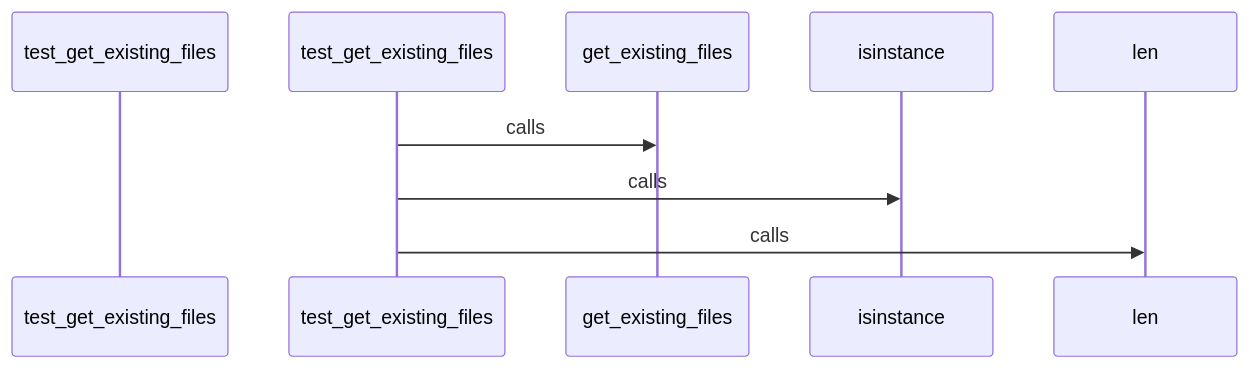
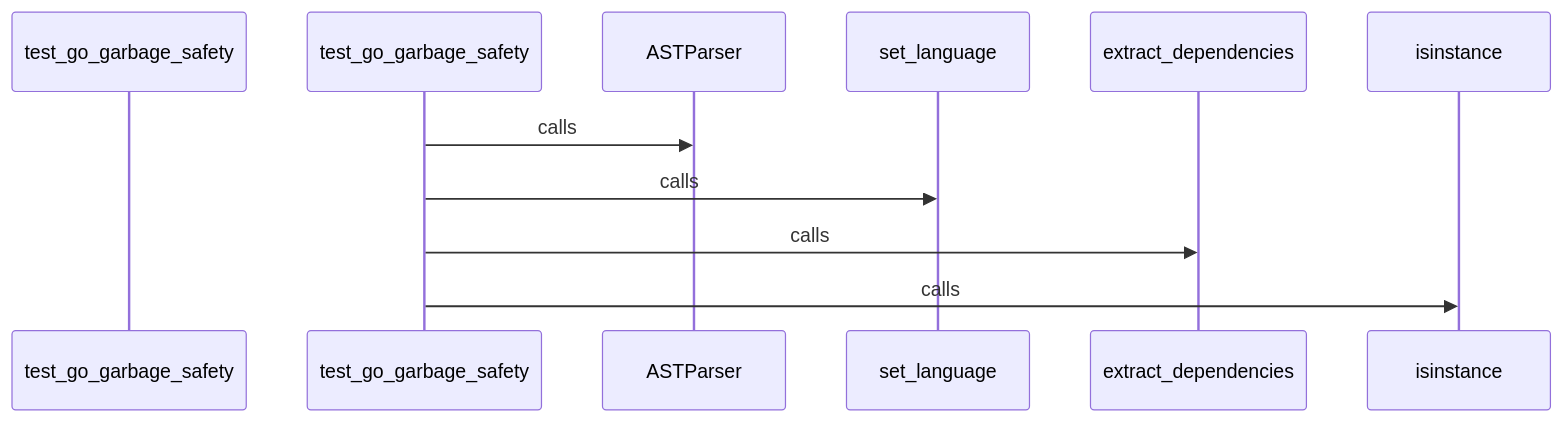
One commit to hazalkoom/DECODEx01 changed diagram 26 of 28 in docs/CALL_FLOW.md. Above: the diagram before and after it, drawn with Mermaid. The commit also changed other lines of this file and 6 other files, not shown here.

Commit message:
feat: NLG heuristic improvements - stricter schema matching, python decorator parsing, utility path pruning

````diff
--- a/docs/CALL_FLOW.md
+++ b/docs/CALL_FLOW.md
@@ -865,17 +1075,21 @@
 ```mermaid
 sequenceDiagram
-    participant Start as test_get_existing_files
+    participant Start as test_go_garbage_safety
 
 
-    test_get_existing_files->>get_existing_files: calls
+    test_go_garbage_safety->>ASTParser: calls
 
 
 
-    test_get_existing_files->>isinstance: calls
+    test_go_garbage_safety->>set_language: calls
 
 
 
-    test_get_existing_files->>len: calls
+    test_go_garbage_safety->>extract_dependencies: calls
+
+
+
+    test_go_garbage_safety->>isinstance: calls
 
 
 ```
````
